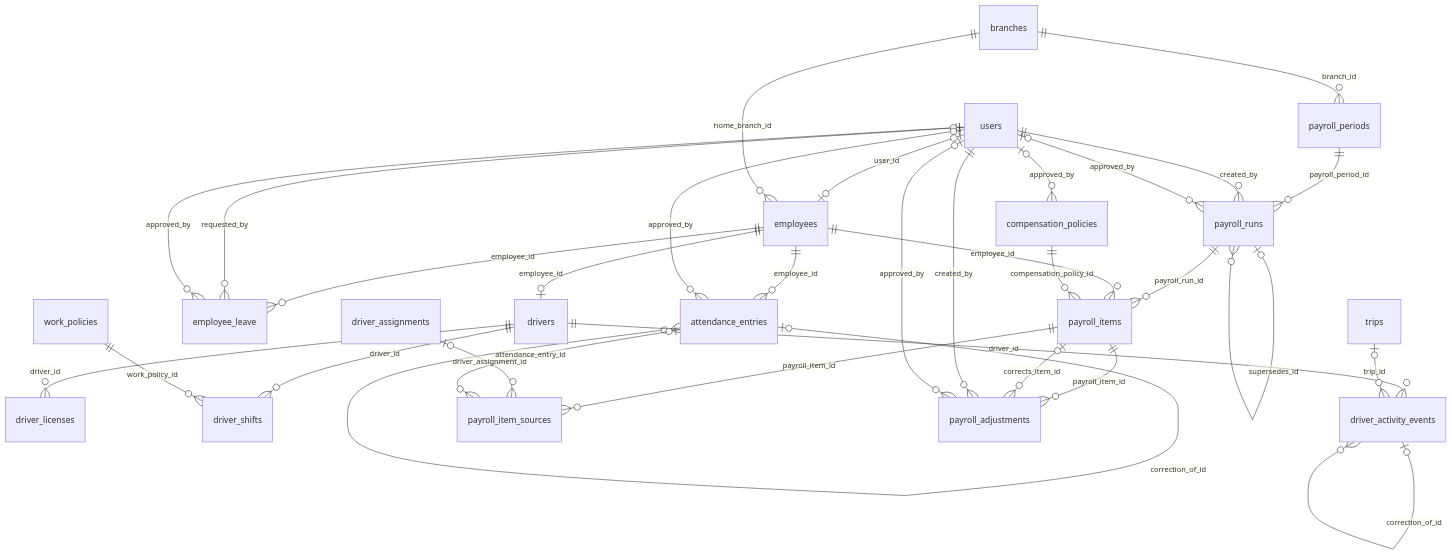
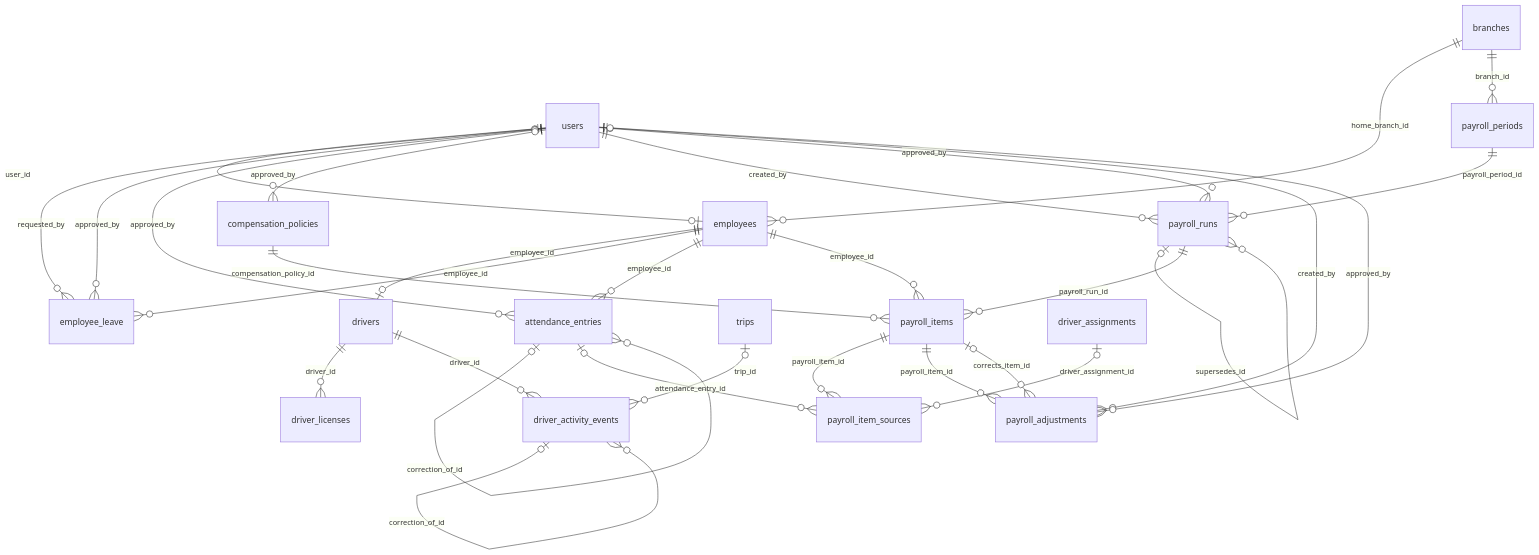
Before and after one commit to Bang334/Project-Logictists: the second of 8 diagrams in THIET_KE_DATABASE.md, drawn with Mermaid. The commit also changed other lines of this file and 34 other files, not shown here.

````diff
--- a/THIET_KE_DATABASE.md
+++ b/THIET_KE_DATABASE.md
@@ -294,34 +292,32 @@
 ```mermaid
 erDiagram
     users o|--o| employees : user_id
     branches ||--o{ employees : home_branch_id
     employees ||--o| drivers : employee_id
     employees ||--o{ employee_leave : employee_id
     users ||--o{ employee_leave : requested_by
     users o|--o{ employee_leave : approved_by
     employees ||--o{ attendance_entries : employee_id
     users o|--o{ attendance_entries : approved_by
     attendance_entries o|--o{ attendance_entries : correction_of_id
     drivers ||--o{ driver_licenses : driver_id
-    drivers ||--o{ driver_shifts : driver_id
-    work_policies ||--o{ driver_shifts : work_policy_id
     drivers ||--o{ driver_activity_events : driver_id
     trips o|--o{ driver_activity_events : trip_id
     driver_activity_events o|--o{ driver_activity_events : correction_of_id
     users o|--o{ compensation_policies : approved_by
     branches ||--o{ payroll_periods : branch_id
     payroll_periods ||--o{ payroll_runs : payroll_period_id
     users ||--o{ payroll_runs : created_by
     users o|--o{ payroll_runs : approved_by
     payroll_runs o|--o{ payroll_runs : supersedes_id
     payroll_runs ||--o{ payroll_items : payroll_run_id
     employees ||--o{ payroll_items : employee_id
     compensation_policies ||--o{ payroll_items : compensation_policy_id
     payroll_items ||--o{ payroll_item_sources : payroll_item_id
     driver_assignments o|--o{ payroll_item_sources : driver_assignment_id
     attendance_entries o|--o{ payroll_item_sources : attendance_entry_id
     payroll_items ||--o{ payroll_adjustments : payroll_item_id
     payroll_items o|--o{ payroll_adjustments : corrects_item_id
     users ||--o{ payroll_adjustments : created_by
     users o|--o{ payroll_adjustments : approved_by
 ```
````
